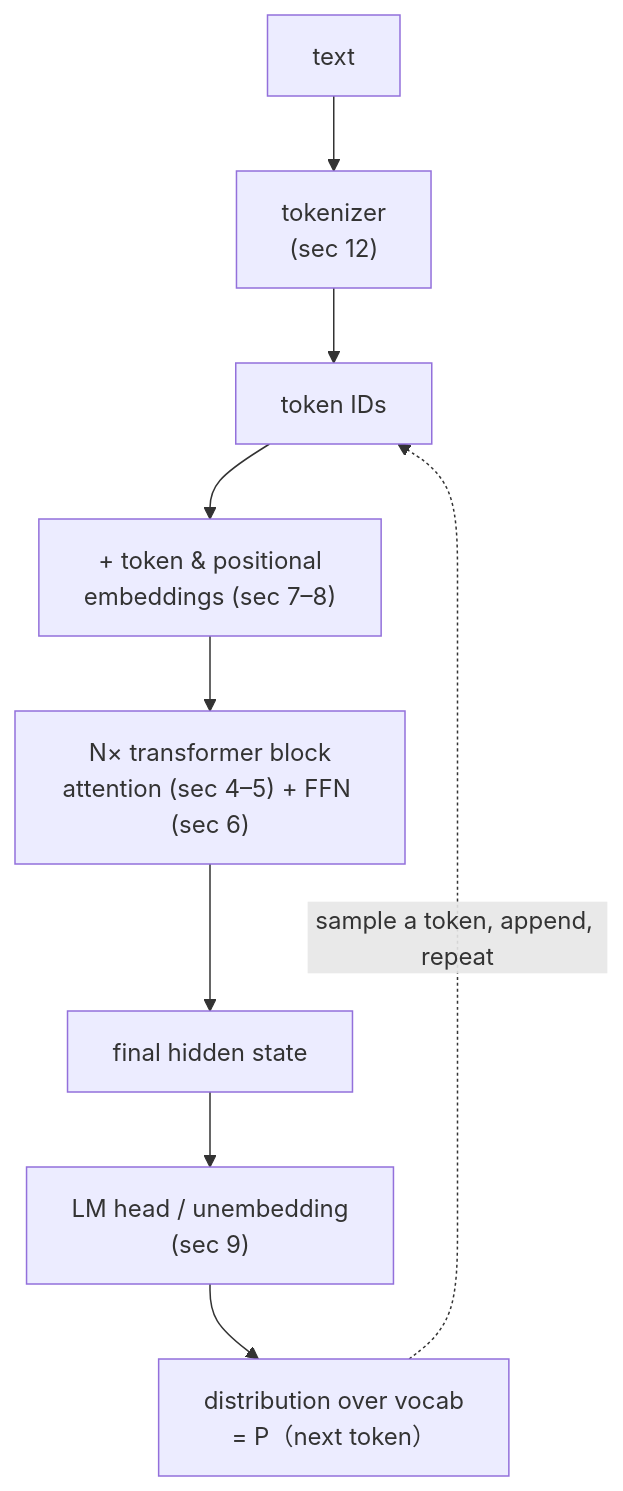
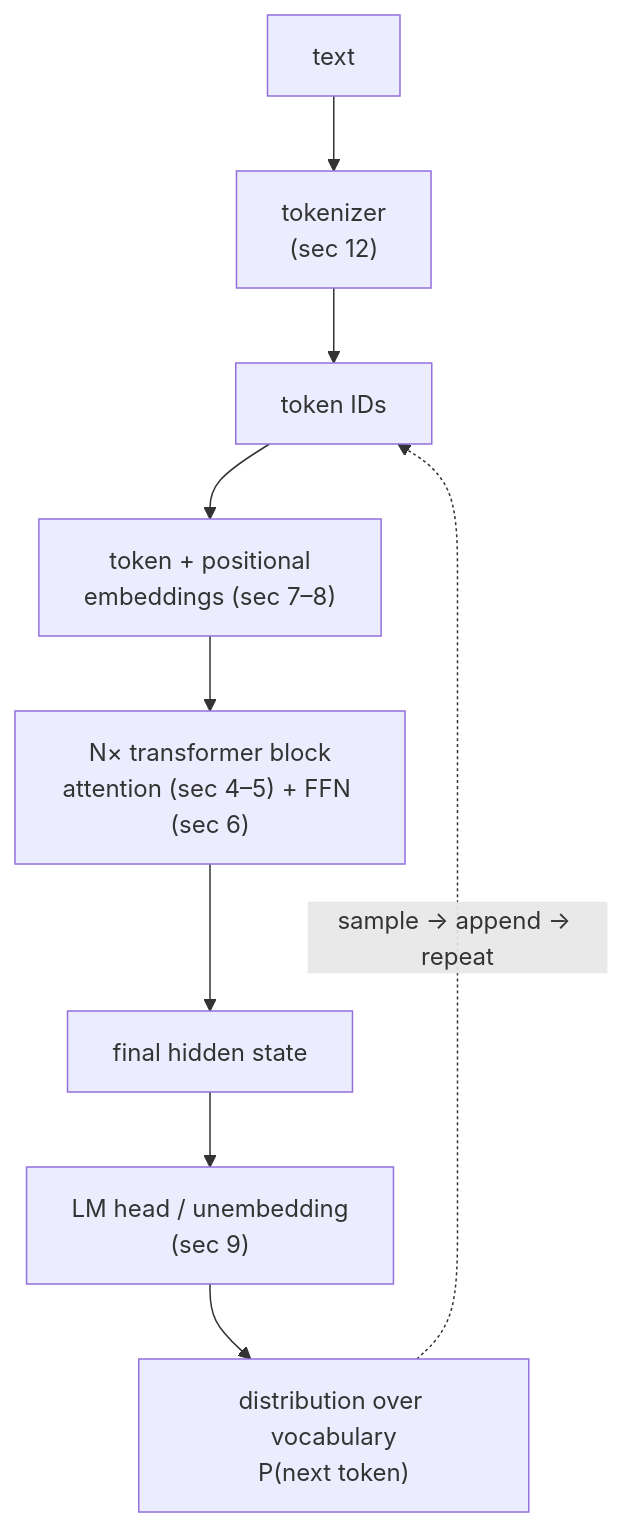
The first of 14 diagrams in 2026-2027-Sem1/AIMLZG536-LLMForGenerativeAI/notes/S01-foundations.md (sanjaykumarpushadapu/MTech), drawn with Mermaid before and after one commit. The commit also changed other lines of this file and 4 other files, not shown here.

````diff
--- a/2026-2027-Sem1/AIMLZG536-LLMForGenerativeAI/notes/S01-foundations.md
+++ b/2026-2027-Sem1/AIMLZG536-LLMForGenerativeAI/notes/S01-foundations.md
@@ -15,11 +15,11 @@
 ```mermaid
 flowchart TD
     T[text] --> TOK["tokenizer<br/>(sec 12)"]
     TOK --> ID[token IDs]
-    ID --> EM["+ token & positional<br/>embeddings (sec 7–8)"]
+    ID --> EM["token + positional<br/>embeddings (sec 7–8)"]
     EM --> BL["N× transformer block<br/>attention (sec 4–5) + FFN (sec 6)"]
     BL --> HN[final hidden state]
     HN --> LMH["LM head / unembedding<br/>(sec 9)"]
-    LMH --> PR[distribution over vocab<br/>= P（next token）]
-    PR -.->|sample a token, append, repeat| ID
+    LMH --> PR["distribution over vocabulary<br/>P(next token)"]
+    PR -.->|"sample → append → repeat"| ID
 ```
````
